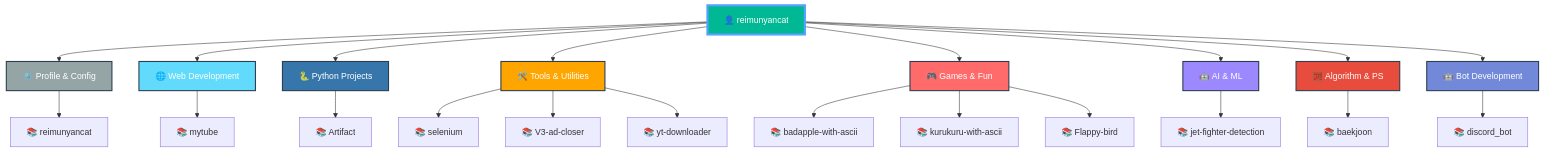
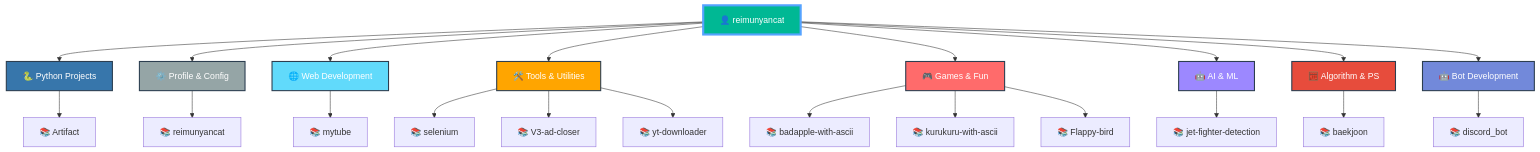
Before and after one commit to reimunyancat/reimunyancat: the diagram in README.md, drawn with Mermaid. The commit also changed other lines of this file, not shown here.

Commit message:
🤖 Auto-update README with latest repositories

````diff
--- a/README.md
+++ b/README.md
@@ -159,42 +159,42 @@
 ```mermaid
 graph TD
   A[👤 reimunyancat]
 
-  A --> CAT0[⚙️ Profile & Config]
-  CAT0 --> CAT0_0[📚 reimunyancat]
+  A --> CAT0[🐍 Python Projects]
+  CAT0 --> CAT0_0[📚 Artifact]
 
-  A --> CAT1[🌐 Web Development]
-  CAT1 --> CAT1_0[📚 mytube]
+  A --> CAT1[⚙️ Profile & Config]
+  CAT1 --> CAT1_0[📚 reimunyancat]
 
-  A --> CAT2[🐍 Python Projects]
-  CAT2 --> CAT2_0[📚 Artifact]
+  A --> CAT2[🌐 Web Development]
+  CAT2 --> CAT2_0[📚 mytube]
 
   A --> CAT3[🛠️ Tools & Utilities]
   CAT3 --> CAT3_0[📚 selenium]
   CAT3 --> CAT3_1[📚 V3-ad-closer]
   CAT3 --> CAT3_2[📚 yt-downloader]
 
   A --> CAT4[🎮 Games & Fun]
   CAT4 --> CAT4_0[📚 badapple-with-ascii]
   CAT4 --> CAT4_1[📚 kurukuru-with-ascii]
   CAT4 --> CAT4_2[📚 Flappy-bird]
 
   A --> CAT5[🤖 AI & ML]
   CAT5 --> CAT5_0[📚 jet-fighter-detection]
 
   A --> CAT6[🧮 Algorithm & PS]
   CAT6 --> CAT6_0[📚 baekjoon]
 
   A --> CAT7[🤖 Bot Development]
   CAT7 --> CAT7_0[📚 discord_bot]
 
   style A fill:#00b894,stroke:#55a3ff,stroke-width:4px,color:#fff
-  style CAT0 fill:#95a5a6,stroke:#2c3e50,stroke-width:2px,color:#fff
-  style CAT1 fill:#61dafb,stroke:#2c3e50,stroke-width:2px,color:#fff
-  style CAT2 fill:#3776ab,stroke:#2c3e50,stroke-width:2px,color:#fff
+  style CAT0 fill:#3776ab,stroke:#2c3e50,stroke-width:2px,color:#fff
+  style CAT1 fill:#95a5a6,stroke:#2c3e50,stroke-width:2px,color:#fff
+  style CAT2 fill:#61dafb,stroke:#2c3e50,stroke-width:2px,color:#fff
   style CAT3 fill:#ffa500,stroke:#2c3e50,stroke-width:2px,color:#fff
   style CAT4 fill:#ff6b6b,stroke:#2c3e50,stroke-width:2px,color:#fff
   style CAT5 fill:#9c88ff,stroke:#2c3e50,stroke-width:2px,color:#fff
   style CAT6 fill:#e74c3c,stroke:#2c3e50,stroke-width:2px,color:#fff
   style CAT7 fill:#7289da,stroke:#2c3e50,stroke-width:2px,color:#fff
 ```
````
